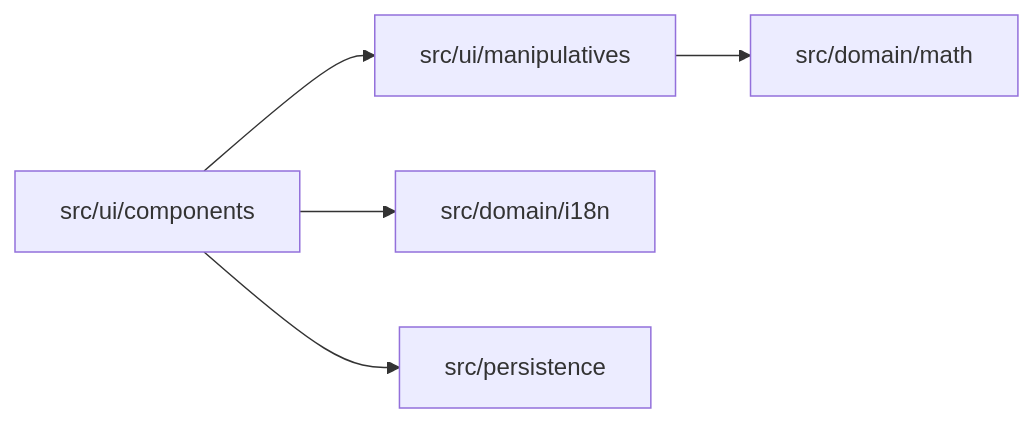
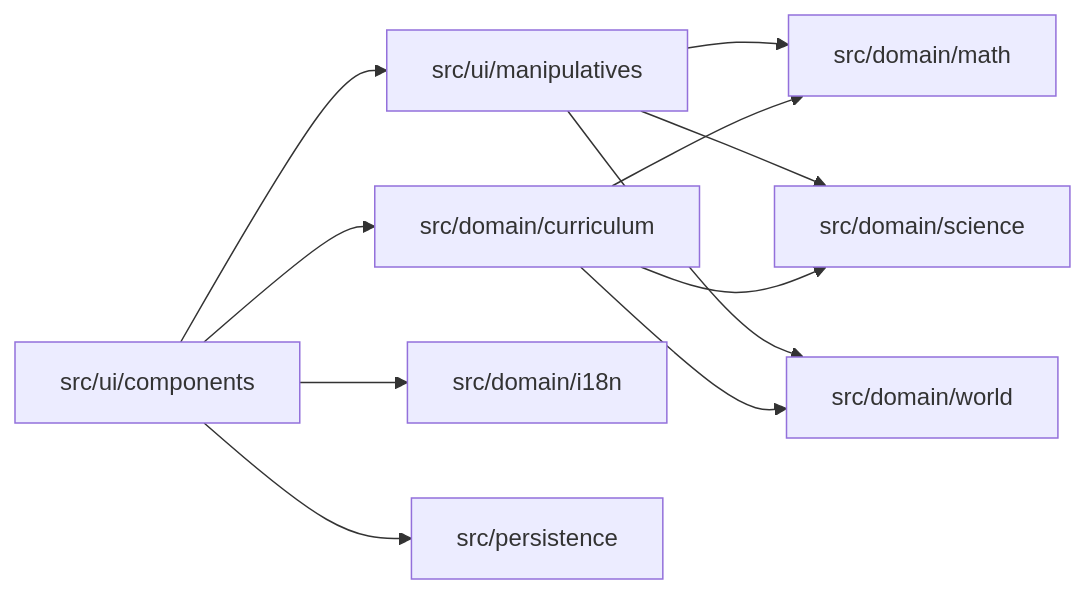
One commit to karthikwin-hub/learn-gpt-2.0 changed the diagram in docs/ARCHITECTURE.md. Above: the diagram before and after it, drawn with Mermaid. The commit also changed other lines of this file and 2 other files, not shown here.

First line of the commit message:
docs(architecture): science, world and curriculum modules; constitution 1.1.0

````diff
--- a/docs/ARCHITECTURE.md
+++ b/docs/ARCHITECTURE.md
@@ -51,7 +63,13 @@
 ```mermaid
 flowchart LR
   UI[src/ui/components] --> MANIP[src/ui/manipulatives]
+  UI --> CUR[src/domain/curriculum]
   MANIP --> MATH[src/domain/math]
+  MANIP --> SCI[src/domain/science]
+  MANIP --> WORLD[src/domain/world]
+  CUR --> MATH
+  CUR --> SCI
+  CUR --> WORLD
   UI --> I18N[src/domain/i18n]
   UI --> P[src/persistence]
 ```
````
